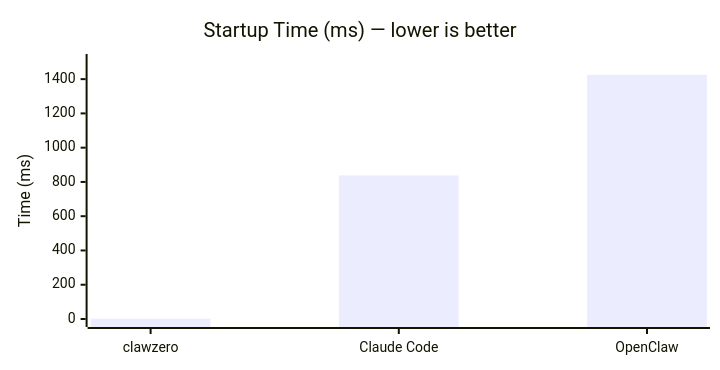
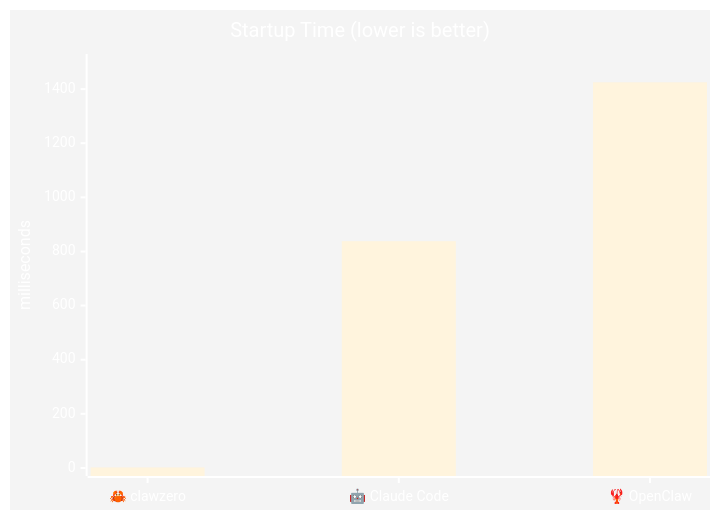
The first of 4 diagrams in README.md (betta-lab/clawzero), drawn with Mermaid before and after one commit. The commit also changed other lines of this file and 1 other file, not shown here.

````diff
--- a/README.md
+++ b/README.md
@@ -29,16 +29,8 @@
 ```mermaid
----
-config:
-    xyChart:
-        width: 700
-        height: 350
-    themeVariables:
-        xyChart:
-            backgroundColor: transparent
----
+%%{init: {'theme':'base', 'themeVariables': { 'primaryColor':'#10b981', 'primaryTextColor':'#fff', 'primaryBorderColor':'#059669', 'lineColor':'#6366f1', 'secondaryColor':'#ec4899', 'tertiaryColor':'#f59e0b'}}}%%
 xychart-beta
-    title "Startup Time (ms) — lower is better"
-    x-axis ["clawzero", "Claude Code", "OpenClaw"]
-    y-axis "Time (ms)" 0 --> 1500
+    title "Startup Time (lower is better)"
+    x-axis ["🦀 clawzero", "🤖 Claude Code", "🦞 OpenClaw"]
+    y-axis "milliseconds" 0 --> 1500
     bar [2.16, 838, 1425]
 ```
````
